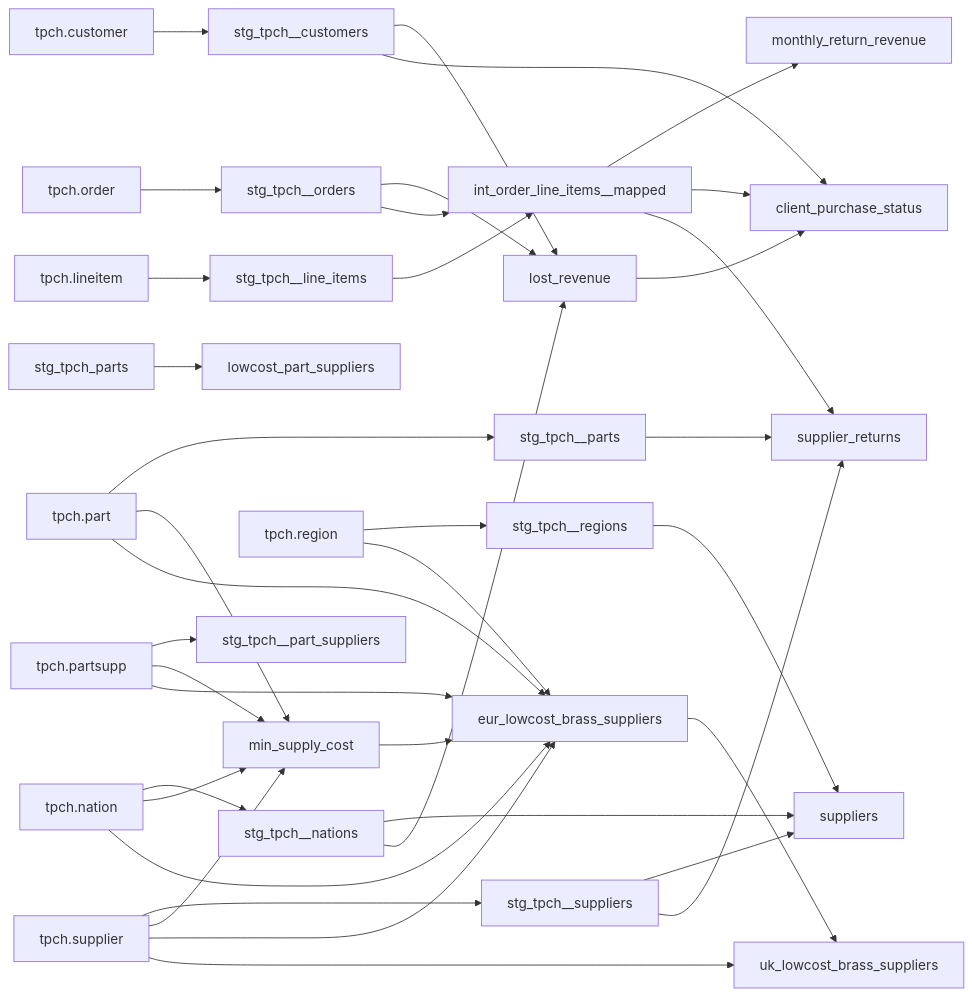
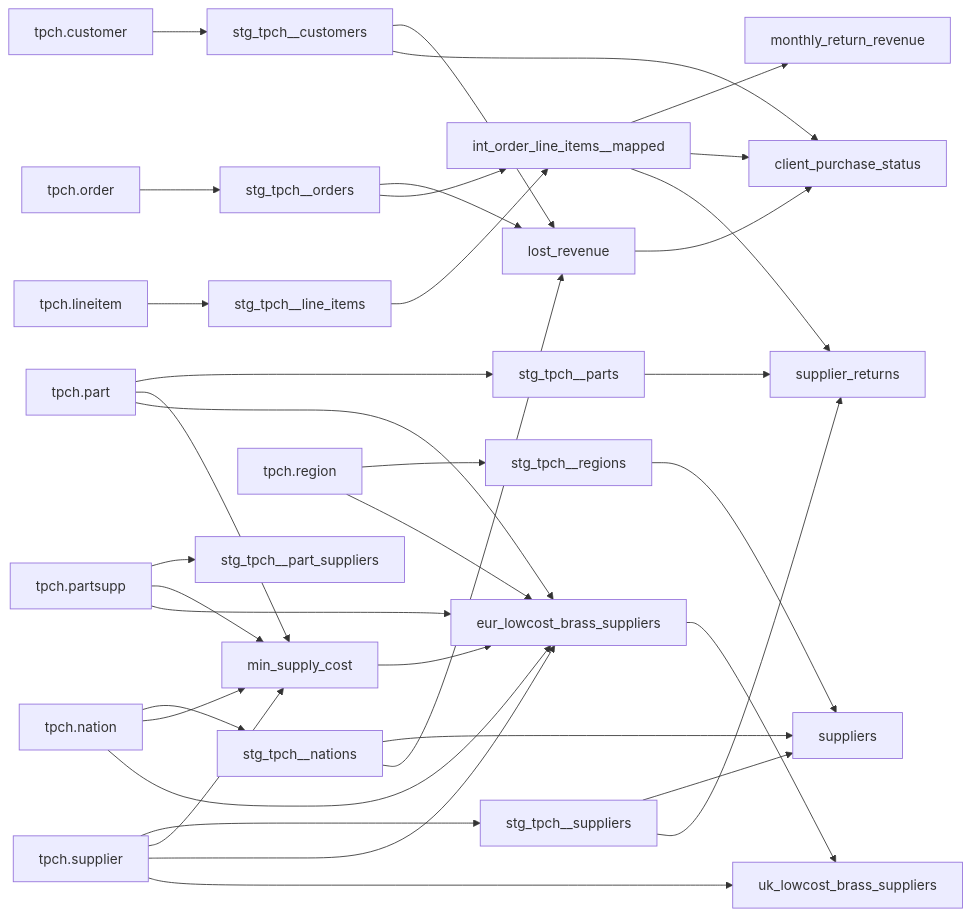
Before and after one commit to nicholasyager/hubspot-technical-assessment-template: the second of 2 diagrams in README.md, drawn with Mermaid.

````diff
--- a/README.md
+++ b/README.md
@@ -31,61 +31,56 @@
 ```mermaid
 flowchart LR
 
     classDef newModel stroke:#DAF7A6, fill:#DAF7A644
     classDef removedModel stroke:#F7A6B1, fill:#F7A6B144
 
     tpch.customer --> stg_tpch__customers;
     tpch.lineitem --> stg_tpch__line_items;
     tpch.nation --> stg_tpch__nations;
     tpch.order --> stg_tpch__orders;
     tpch.partsupp --> stg_tpch__part_suppliers;
     tpch.part --> stg_tpch__parts;
     tpch.region --> stg_tpch__regions;
     tpch.supplier --> stg_tpch__suppliers;
 
     stg_tpch__suppliers --> suppliers
     stg_tpch__nations --> suppliers
     stg_tpch__regions --> suppliers
 
     stg_tpch__orders --> lost_revenue
     stg_tpch__customers --> lost_revenue
     stg_tpch__nations --> lost_revenue
 
     stg_tpch__orders --> int_order_line_items__mapped
     stg_tpch__line_items --> int_order_line_items__mapped
 
 
     int_order_line_items__mapped --> monthly_return_revenue
 
     stg_tpch__customers --> client_purchase_status;
     int_order_line_items__mapped --> client_purchase_status;
     lost_revenue --> client_purchase_status;
 
     min_supply_cost
     tpch.part --> min_supply_cost
     tpch.supplier --> min_supply_cost
     tpch.partsupp --> min_supply_cost
     tpch.nation --> min_supply_cost
 
     eur_lowcost_brass_suppliers
     tpch.part --> eur_lowcost_brass_suppliers
     tpch.supplier --> eur_lowcost_brass_suppliers
     tpch.partsupp --> eur_lowcost_brass_suppliers
     tpch.nation --> eur_lowcost_brass_suppliers
     tpch.region --> eur_lowcost_brass_suppliers
     min_supply_cost --> eur_lowcost_brass_suppliers
 
     uk_lowcost_brass_suppliers
     eur_lowcost_brass_suppliers --> uk_lowcost_brass_suppliers
     tpch.supplier --> uk_lowcost_brass_suppliers
 
     stg_tpch__suppliers --> supplier_returns
     stg_tpch__parts --> supplier_returns
     int_order_line_items__mapped --> supplier_returns
 
-    lowcost_part_suppliers
-    stg_tpch_parts --> lowcost_part_suppliers
-
-
-
 ```
````
